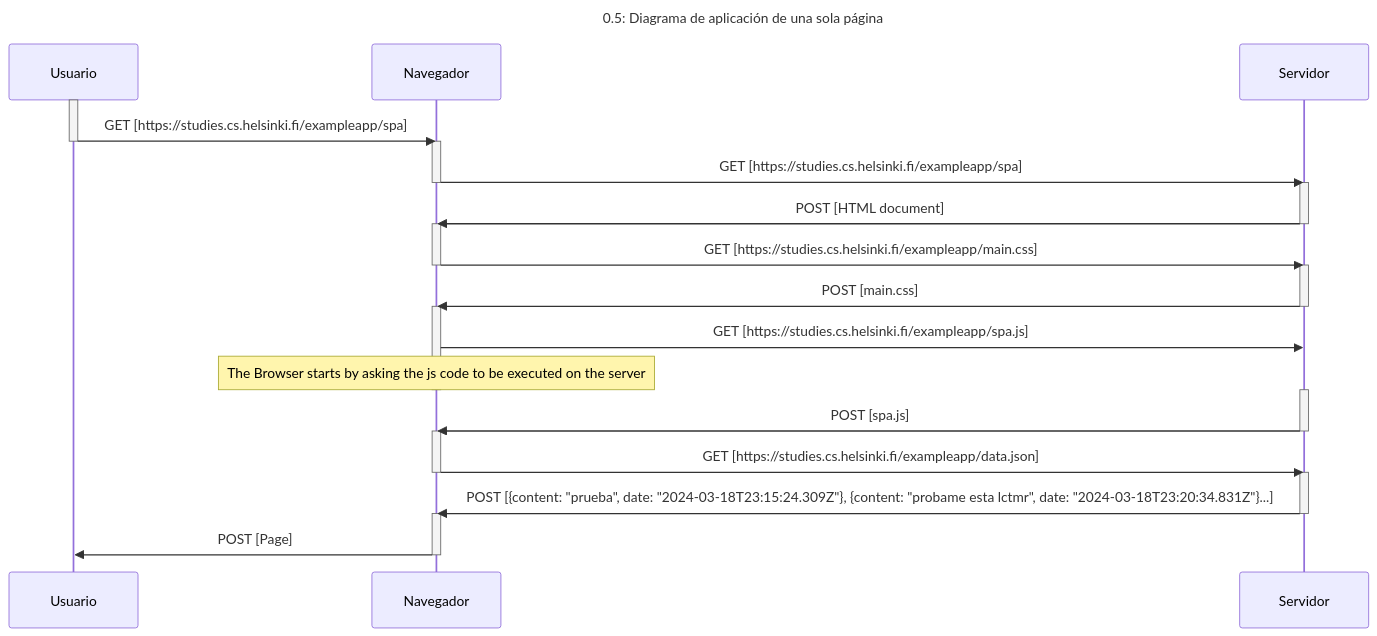
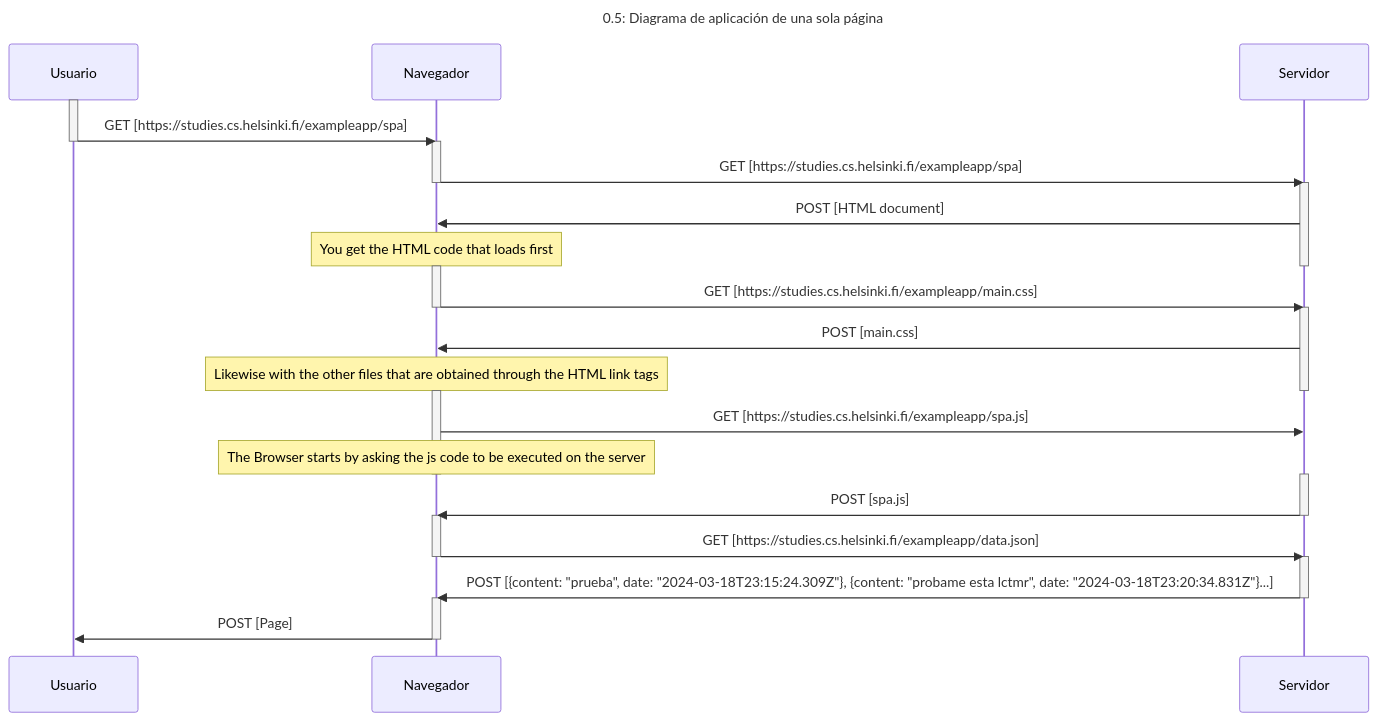
The diagram in part01/0.5: Diagrama de aplicación de una sola página.md (thecrusher2345/Full-Stack-Open-2023), drawn with Mermaid before and after one commit.

Commit message:
Update 0.5: Diagrama de aplicación de una sola página.md

````diff
--- a/part01/0.5: Diagrama de aplicación de una sola página.md
+++ b/part01/0.5: Diagrama de aplicación de una sola página.md
@@ -3,52 +3,56 @@
 ```mermaid
 sequenceDiagram
     Title: 0.5: Diagrama de aplicación de una sola página
 
     participant Usuario
     participant Navegador
     participant Servidor
     
 
     activate Usuario
     Usuario->>Navegador: GET [https://studies.cs.helsinki.fi/exampleapp/spa]
+    
     deactivate Usuario
     activate Navegador
     Navegador->>Servidor: GET [https://studies.cs.helsinki.fi/exampleapp/spa]
+    
     deactivate Navegador
     activate Servidor
     Servidor->>Navegador: POST [HTML document]
+    note over Navegador: You get the HTML code that loads first
     deactivate Servidor
 
     activate Navegador
     Navegador->>Servidor: GET [https://studies.cs.helsinki.fi/exampleapp/main.css]
     deactivate Navegador
     activate Servidor
     Servidor->>Navegador: POST [main.css]
+    note over Navegador: Likewise with the other files that are obtained through the HTML link tags
     deactivate Servidor
 
     activate Navegador
     Navegador->>Servidor: GET [https://studies.cs.helsinki.fi/exampleapp/spa.js]
     note over Navegador: The Browser starts by asking the js code to be executed on the server
     deactivate Navegador
     activate Servidor
     Servidor->>Navegador: POST [spa.js]
     deactivate Servidor
 
     activate Navegador
     Navegador->>Servidor: GET [https://studies.cs.helsinki.fi/exampleapp/data.json]
     deactivate Navegador
     activate Servidor
     Servidor->>Navegador: POST [{content: "prueba", date: "2024-03-18T23:15:24.309Z"}, {content: "probame esta lctmr", date: "2024-03-18T23:20:34.831Z"}...]
     deactivate Servidor
 
     activate Navegador
     Navegador->>Usuario: POST [Page]
     deactivate Navegador
     
 
 
     
     
 
 
 ```
````
